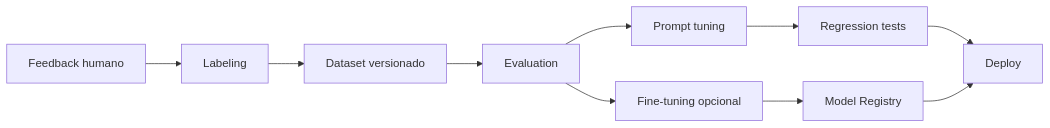
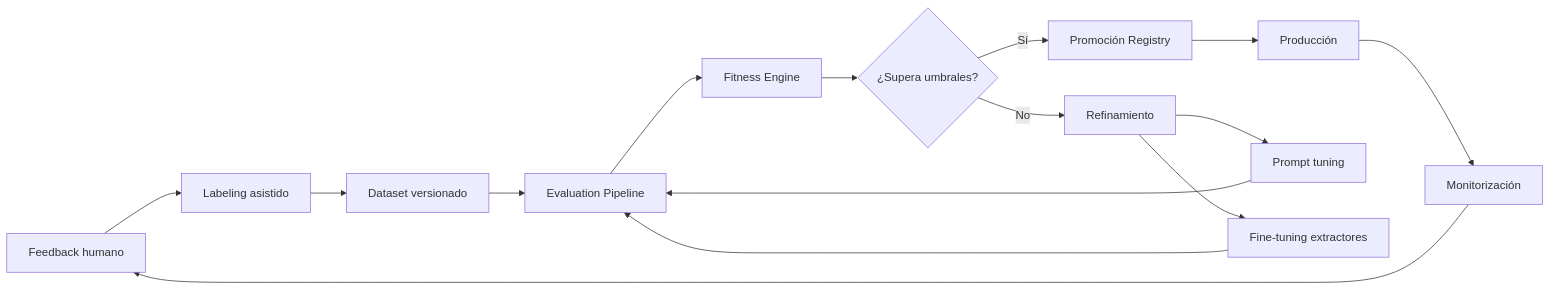
One commit to angelnietos/erp changed the seventh of 9 diagrams in caedocs/DISENO-TECNICO-v3.0.md. Above: the diagram before and after it, drawn with Mermaid. The commit also changed other lines of this file and 9 other files, not shown here.

````diff
--- a/caedocs/DISENO-TECNICO-v3.0.md
+++ b/caedocs/DISENO-TECNICO-v3.0.md
@@ -988,12 +1159,17 @@
 ```mermaid
 flowchart LR
-    FB["Feedback humano"] --> LB["Labeling"]
+    FB["Feedback humano"] --> LB["Labeling asistido"]
     LB --> DS["Dataset versionado"]
-    DS --> EV["Evaluation"]
-    EV --> PT["Prompt tuning"]
-    EV --> FT["Fine-tuning opcional"]
-    PT --> RG["Regression tests"]
-    FT --> MR["Model Registry"]
-    RG --> DEP["Deploy"]
-    MR --> DEP
+    DS --> EV["Evaluation Pipeline"]
+    EV --> FIT["Fitness Engine"]
+    FIT --> DEC{"¿Supera umbrales?"}
+    DEC -->|Sí| PROM["Promoción Registry"]
+    DEC -->|No| REF["Refinamiento"]
+    PROM --> PROD["Producción"]
+    PROD --> MON["Monitorización"]
+    MON --> FB
+    REF --> PT["Prompt tuning"]
+    REF --> FT["Fine-tuning extractores"]
+    PT --> EV
+    FT --> EV
 ```
````
